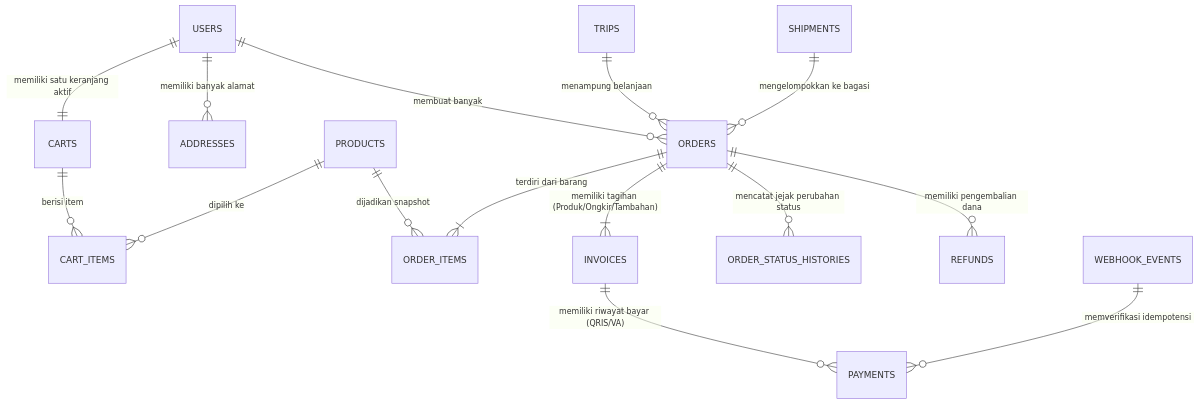
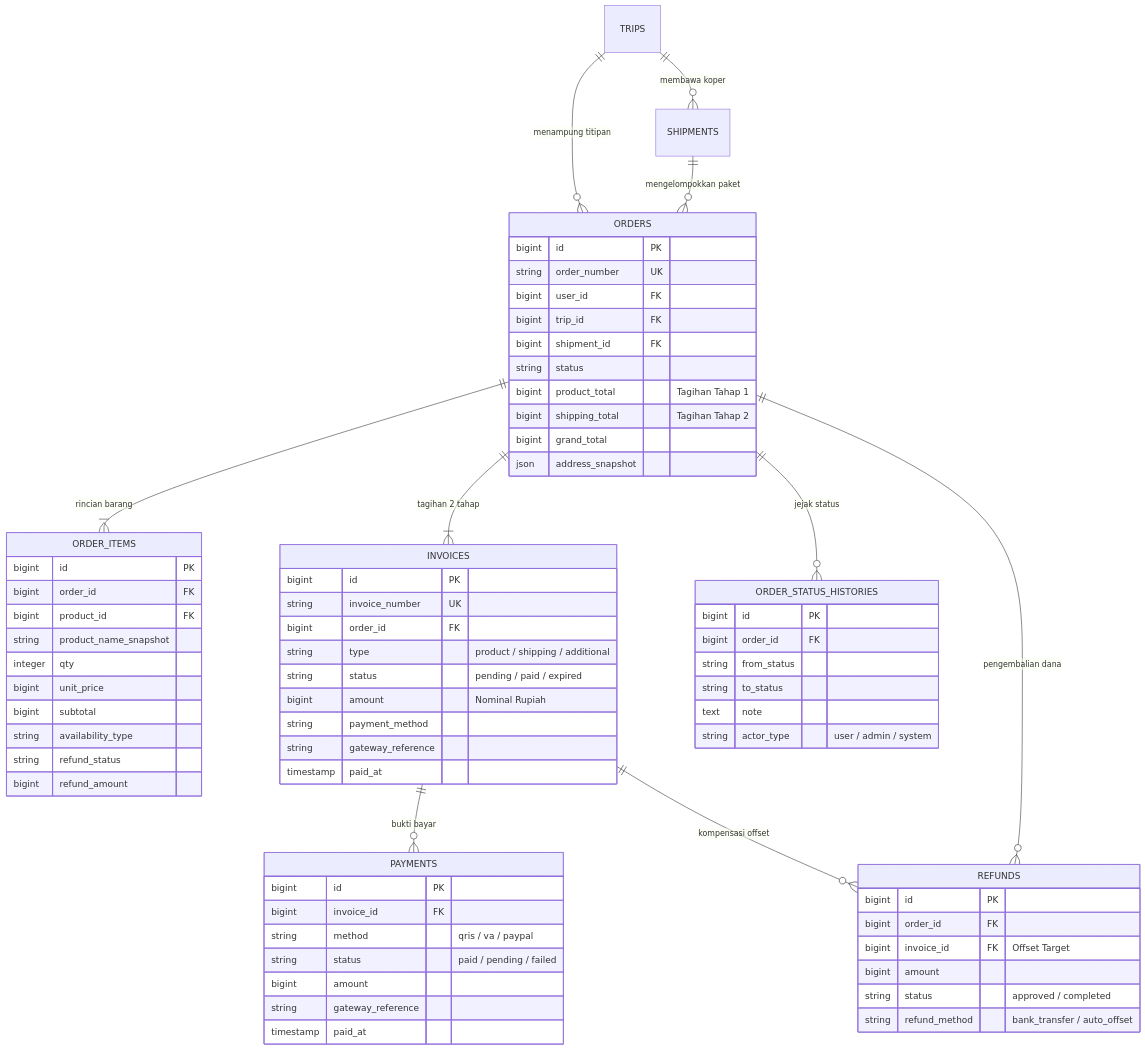
Before and after one commit to greedykid/galaksian: the fifth of 8 diagrams in docs/BACKEND_DIAGRAMS.md, drawn with Mermaid. The commit also changed other lines of this file, not shown here.

Commit message:
docs: add comprehensive full-schema ERD with attributes and domain sub-ERDs

````diff
--- a/docs/BACKEND_DIAGRAMS.md
+++ b/docs/BACKEND_DIAGRAMS.md
@@ -147,21 +524,80 @@
 ```mermaid
 erDiagram
-    USERS ||--o{ ORDERS : "membuat banyak"
-    USERS ||--o{ ADDRESSES : "memiliki banyak alamat"
-    USERS ||--|| CARTS : "memiliki satu keranjang aktif"
+    TRIPS ||--o{ ORDERS : "menampung titipan"
+    TRIPS ||--o{ SHIPMENTS : "membawa koper"
+    SHIPMENTS ||--o{ ORDERS : "mengelompokkan paket"
     
-    TRIPS ||--o{ ORDERS : "menampung belanjaan"
-    SHIPMENTS ||--o{ ORDERS : "mengelompokkan ke bagasi"
-    
-    CARTS ||--o{ CART_ITEMS : "berisi item"
-    PRODUCTS ||--o{ CART_ITEMS : "dipilih ke"
-    PRODUCTS ||--o{ ORDER_ITEMS : "dijadikan snapshot"
+    ORDERS ||--|{ ORDER_ITEMS : "rincian barang"
+    ORDERS ||--|{ INVOICES : "tagihan 2 tahap"
+    ORDERS ||--o{ ORDER_STATUS_HISTORIES : "jejak status"
+    ORDERS ||--o{ REFUNDS : "pengembalian dana"
 
-    ORDERS ||--|{ ORDER_ITEMS : "terdiri dari barang"
-    ORDERS ||--|{ INVOICES : "memiliki tagihan (Produk/Ongkir/Tambahan)"
-    ORDERS ||--o{ ORDER_STATUS_HISTORIES : "mencatat jejak perubahan status"
-    ORDERS ||--o{ REFUNDS : "memiliki pengembalian dana"
+    INVOICES ||--o{ PAYMENTS : "bukti bayar"
+    INVOICES ||--o{ REFUNDS : "kompensasi offset"
 
-    INVOICES ||--o{ PAYMENTS : "memiliki riwayat bayar (QRIS/VA)"
-    WEBHOOK_EVENTS ||--o{ PAYMENTS : "memverifikasi idempotensi"
+    ORDERS {
+        bigint id PK
+        string order_number UK
+        bigint user_id FK
+        bigint trip_id FK
+        bigint shipment_id FK
+        string status
+        bigint product_total "Tagihan Tahap 1"
+        bigint shipping_total "Tagihan Tahap 2"
+        bigint grand_total
+        json address_snapshot
+    }
+
+    ORDER_ITEMS {
+        bigint id PK
+        bigint order_id FK
+        bigint product_id FK
+        string product_name_snapshot
+        integer qty
+        bigint unit_price
+        bigint subtotal
+        string availability_type
+        string refund_status
+        bigint refund_amount
+    }
+
+    INVOICES {
+        bigint id PK
+        string invoice_number UK
+        bigint order_id FK
+        string type "product / shipping / additional"
+        string status "pending / paid / expired"
+        bigint amount "Nominal Rupiah"
+        string payment_method
+        string gateway_reference
+        timestamp paid_at
+    }
+
+    PAYMENTS {
+        bigint id PK
+        bigint invoice_id FK
+        string method "qris / va / paypal"
+        string status "paid / pending / failed"
+        bigint amount
+        string gateway_reference
+        timestamp paid_at
+    }
+
+    REFUNDS {
+        bigint id PK
+        bigint order_id FK
+        bigint invoice_id FK "Offset Target"
+        bigint amount
+        string status "approved / completed"
+        string refund_method "bank_transfer / auto_offset"
+    }
+
+    ORDER_STATUS_HISTORIES {
+        bigint id PK
+        bigint order_id FK
+        string from_status
+        string to_status
+        text note
+        string actor_type "user / admin / system"
+    }
 ```
````
